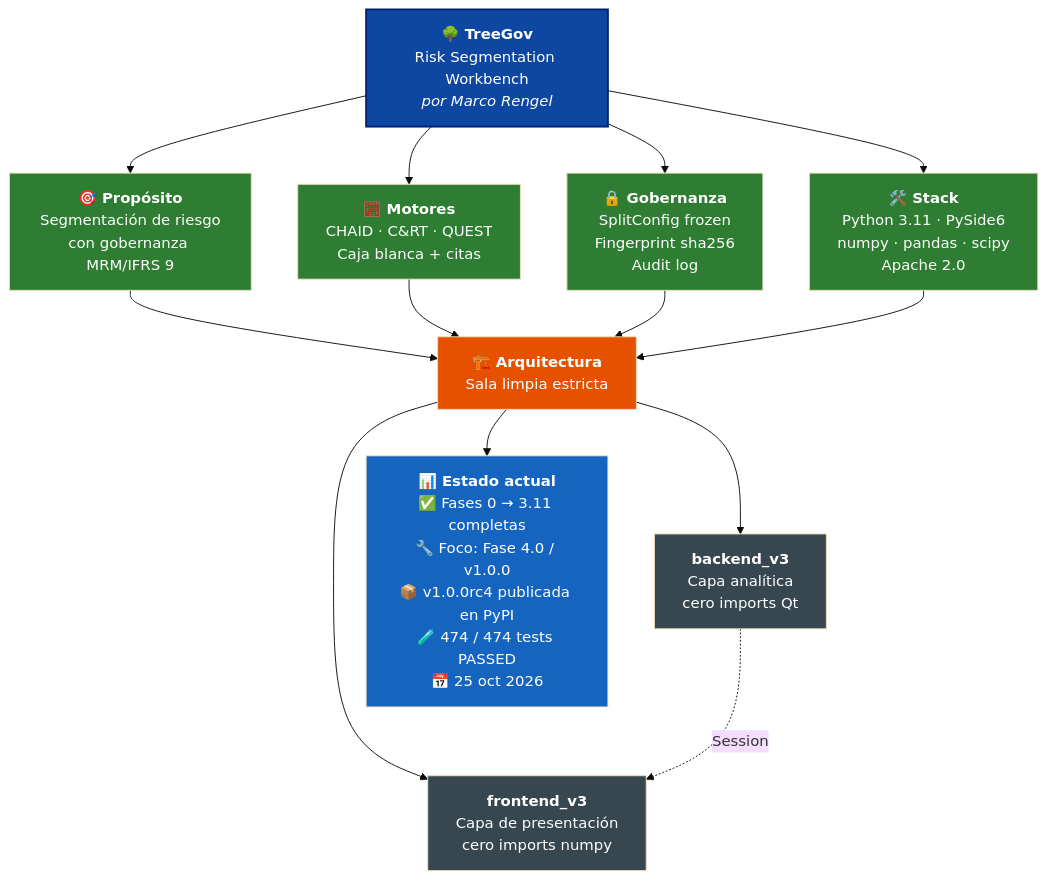
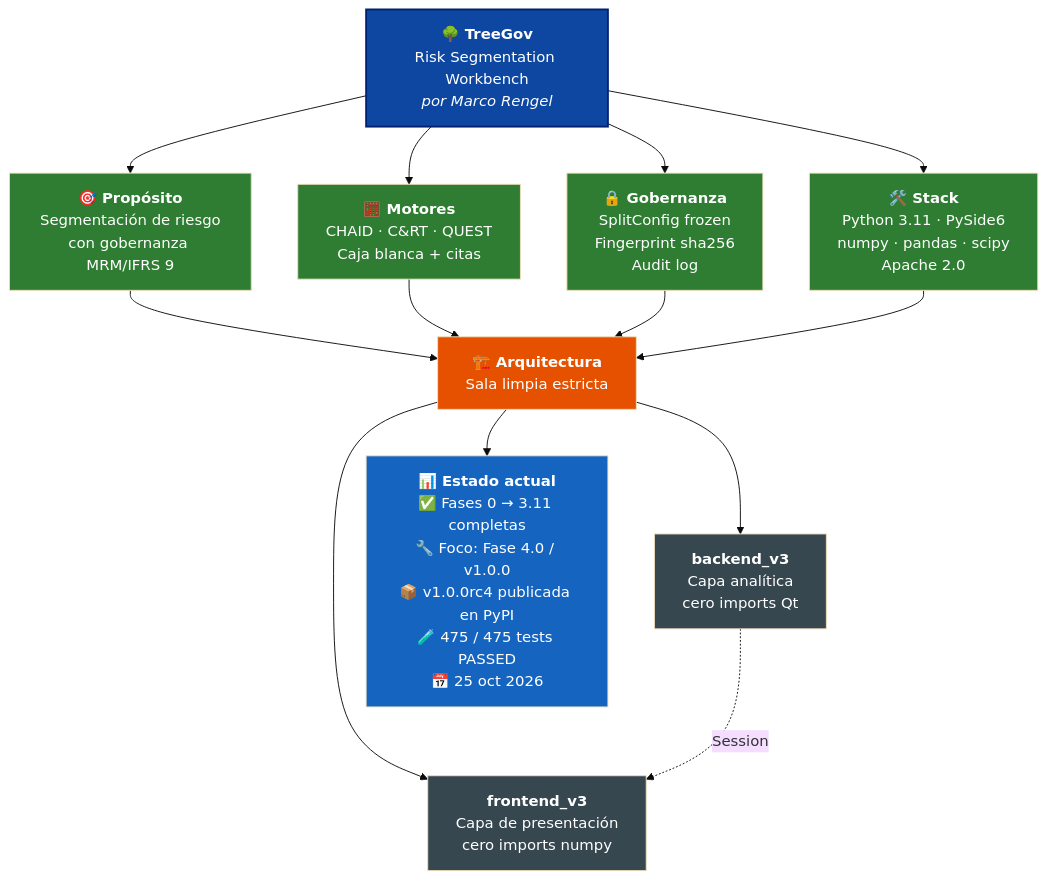
The diagram in README.es.md (Marco-Rengel/treegov), drawn with Mermaid (base theme) before and after one commit. The commit also changed other lines of this file and 18 other files, not shown here.

````diff
--- a/README.es.md
+++ b/README.es.md
@@ -38,31 +38,31 @@
 ```mermaid
 flowchart TB
     TG["<b>🌳 TreeGov</b><br/>Risk Segmentation Workbench<br/><i>por Marco Rengel</i>"]
 
     TG --> P["<b>🎯 Propósito</b><br/>Segmentación de riesgo<br/>con gobernanza MRM/IFRS 9"]
     TG --> M["<b>🧮 Motores</b><br/>CHAID · C&RT · QUEST<br/>Caja blanca + citas"]
     TG --> G["<b>🔒 Gobernanza</b><br/>SplitConfig frozen<br/>Fingerprint sha256<br/>Audit log"]
     TG --> S["<b>🛠️ Stack</b><br/>Python 3.11 · PySide6<br/>numpy · pandas · scipy<br/>Apache 2.0"]
 
     P --> ARQ["<b>🏗️ Arquitectura</b><br/>Sala limpia estricta"]
     M --> ARQ
     G --> ARQ
     S --> ARQ
 
     ARQ --> BE["<b>backend_v3</b><br/>Capa analítica<br/>cero imports Qt"]
     ARQ --> FE["<b>frontend_v3</b><br/>Capa de presentación<br/>cero imports numpy"]
 
     BE -.->|Session| FE
 
-    ARQ --> ST["<b>📊 Estado actual</b><br/>✅ Fases 0 → 3.11 completas<br/>🔧 Foco: Fase 4.0 / v1.0.0<br/>📦 v1.0.0rc4 publicada en PyPI<br/>🧪 474 / 474 tests PASSED<br/>📅 25 oct 2026"]
+    ARQ --> ST["<b>📊 Estado actual</b><br/>✅ Fases 0 → 3.11 completas<br/>🔧 Foco: Fase 4.0 / v1.0.0<br/>📦 v1.0.0rc4 publicada en PyPI<br/>🧪 475 / 475 tests PASSED<br/>📅 25 oct 2026"]
 
     style TG fill:#0D47A1,color:#fff,stroke:#002171,stroke-width:2px
     style P fill:#2E7D32,color:#fff
     style M fill:#2E7D32,color:#fff
     style G fill:#2E7D32,color:#fff
     style S fill:#2E7D32,color:#fff
     style ARQ fill:#E65100,color:#fff
     style BE fill:#37474F,color:#fff
     style FE fill:#37474F,color:#fff
     style ST fill:#1565C0,color:#fff
 ```
````
